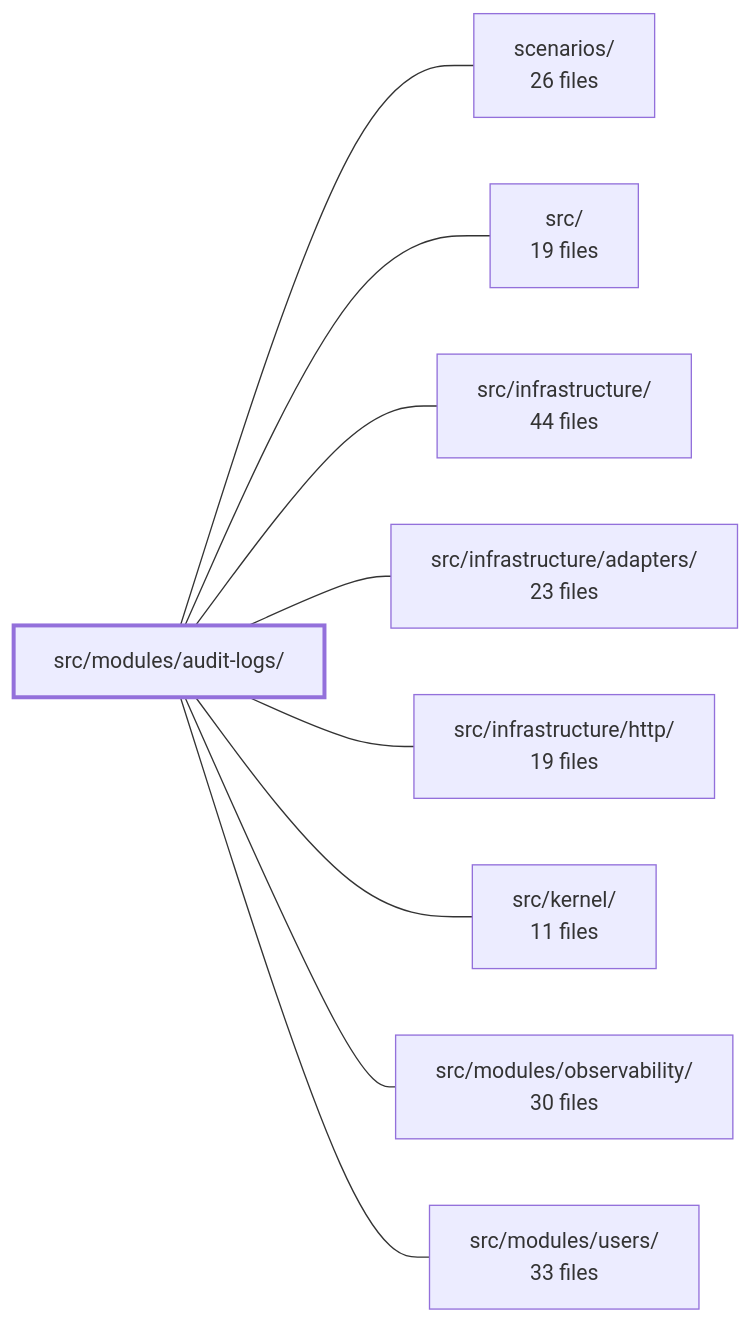
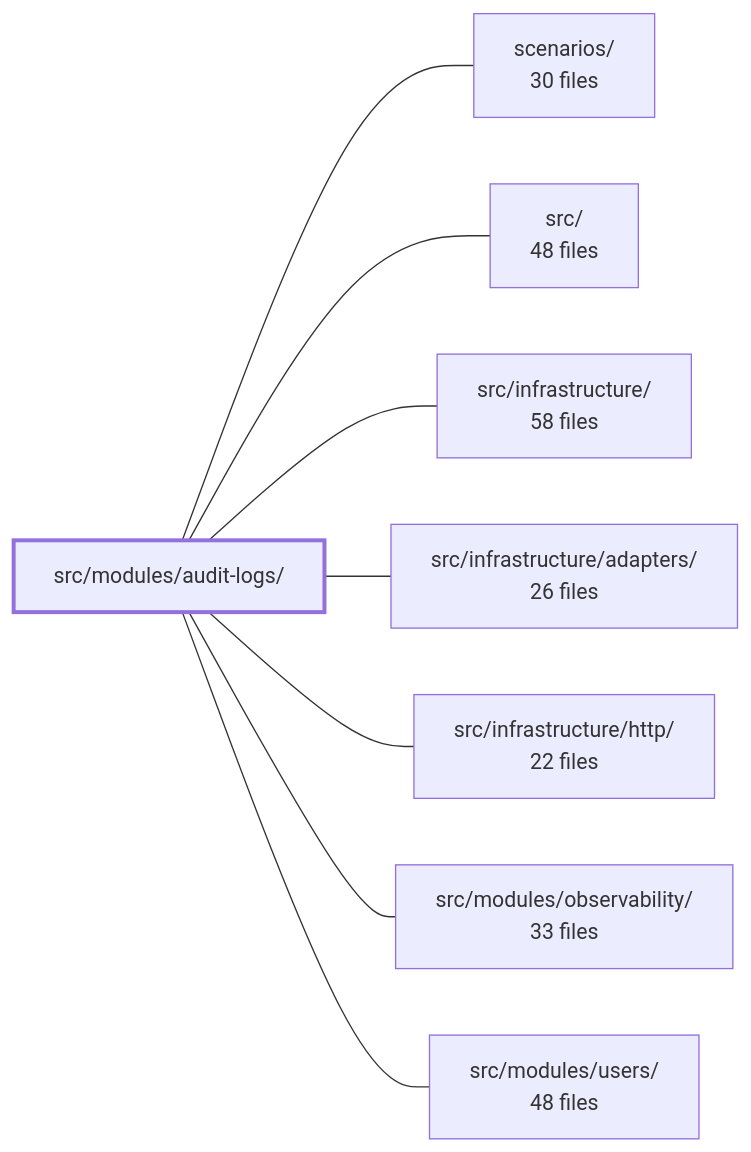
One commit to Guebbit/boilerplate-node-backend changed the diagram in .2brain/modules/boilerplate-node-backend_src_modules_audit-logs.md. Above: the diagram before and after it, drawn with Mermaid. The commit also changed other lines of this file and 187 other files, not shown here.

````diff
--- a/.2brain/modules/boilerplate-node-backend_src_modules_audit-logs.md
+++ b/.2brain/modules/boilerplate-node-backend_src_modules_audit-logs.md
@@ -40,21 +42,19 @@
 ```mermaid
 flowchart LR
     m_src_modules_audit_logs["src/modules/audit-logs/"]
-    m_scenarios["scenarios/<br/>26 files"]
-    m_src["src/<br/>19 files"]
-    m_src_infrastructure["src/infrastructure/<br/>44 files"]
-    m_src_infrastructure_adapters["src/infrastructure/adapters/<br/>23 files"]
-    m_src_infrastructure_http["src/infrastructure/http/<br/>19 files"]
-    m_src_kernel["src/kernel/<br/>11 files"]
-    m_src_modules_observability["src/modules/observability/<br/>30 files"]
-    m_src_modules_users["src/modules/users/<br/>33 files"]
+    m_scenarios["scenarios/<br/>30 files"]
+    m_src["src/<br/>48 files"]
+    m_src_infrastructure["src/infrastructure/<br/>58 files"]
+    m_src_infrastructure_adapters["src/infrastructure/adapters/<br/>26 files"]
+    m_src_infrastructure_http["src/infrastructure/http/<br/>22 files"]
+    m_src_modules_observability["src/modules/observability/<br/>33 files"]
+    m_src_modules_users["src/modules/users/<br/>48 files"]
     m_src_modules_audit_logs --- m_scenarios
     m_src_modules_audit_logs --- m_src
     m_src_modules_audit_logs --- m_src_infrastructure
     m_src_modules_audit_logs --- m_src_infrastructure_adapters
     m_src_modules_audit_logs --- m_src_infrastructure_http
-    m_src_modules_audit_logs --- m_src_kernel
     m_src_modules_audit_logs --- m_src_modules_observability
     m_src_modules_audit_logs --- m_src_modules_users
     style m_src_modules_audit_logs stroke-width:3px
 ```
````
